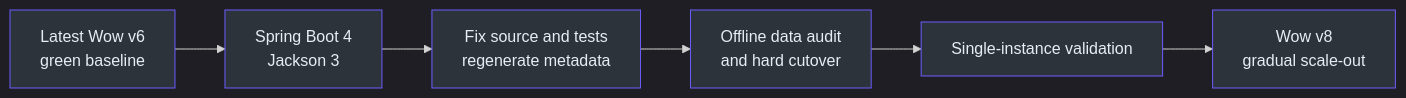
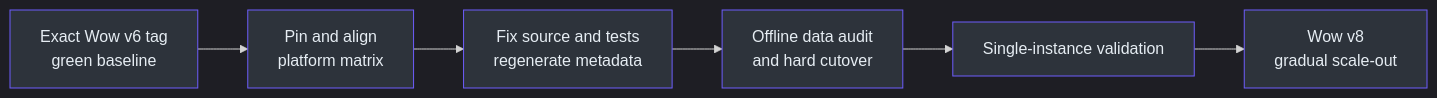
One commit to Ahoo-Wang/Wow changed the first of 3 diagrams in documentation/docs/en/guide/migration/v6-to-v8.md. Above: the diagram before and after it, drawn with Mermaid. The commit also changed other lines of this file and 77 other files, not shown here.

````diff
--- a/documentation/docs/en/guide/migration/v6-to-v8.md
+++ b/documentation/docs/en/guide/migration/v6-to-v8.md
@@ -28,11 +31,11 @@
 ```mermaid
 %%{init: {"theme": "dark"}}%%
 flowchart LR
-    V6["Latest Wow v6<br>green baseline"] --> Platform["Spring Boot 4<br>Jackson 3"]
+    V6["Exact Wow v6 tag<br>green baseline"] --> Platform["Pin and align<br>platform matrix"]
     Platform --> Compile["Fix source and tests<br>regenerate metadata"]
     Compile --> Data["Offline data audit<br>and hard cutover"]
     Data --> Canary["Single-instance validation"]
     Canary --> V8["Wow v8<br>gradual scale-out"]
     classDef step fill:#2d333b,stroke:#6d5dfc,color:#e6edf3
     class V6,Platform,Compile,Data,Canary,V8 step
 ```
````
